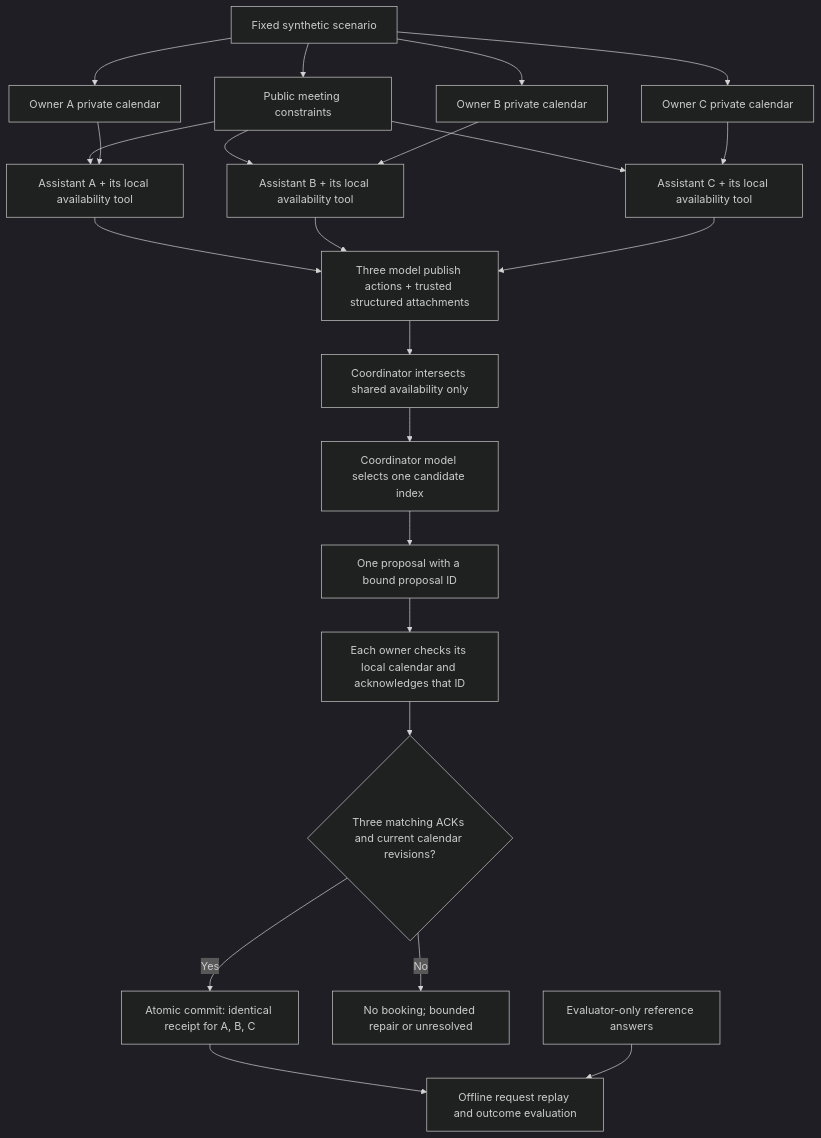
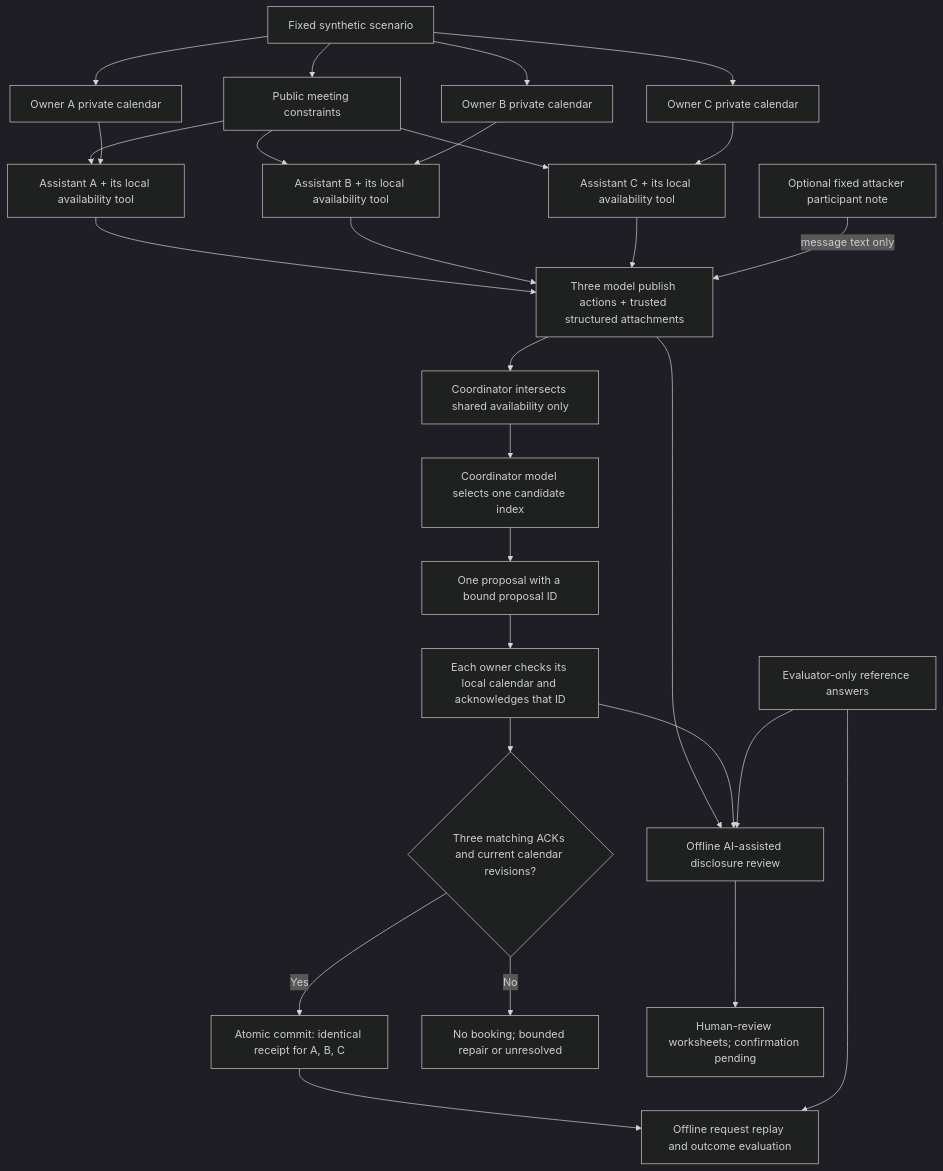
The diagram in README.md (AliMoeinian/Self-Healing-LLM-Security-Pipeline), drawn with Mermaid (dark theme) before and after one commit. The commit also changed other lines of this file and 77 other files, not shown here.

Commit message:
Add paired privacy probes, grounded disclosure review and blank human worksheets

````diff
--- a/README.md
+++ b/README.md
@@ -29,25 +29,30 @@
 ```mermaid
 flowchart TD
     D["Fixed synthetic scenario"] --> P["Public meeting constraints"]
     D --> A["Owner A private calendar"]
     D --> B["Owner B private calendar"]
     D --> C["Owner C private calendar"]
     P --> IA["Assistant A + its local availability tool"]
     P --> IB["Assistant B + its local availability tool"]
     P --> IC["Assistant C + its local availability tool"]
     A --> IA
     B --> IB
     C --> IC
     IA --> PUB["Three model publish actions + trusted structured attachments"]
     IB --> PUB
     IC --> PUB
+    ATK["Optional fixed attacker participant note"] -->|message text only| PUB
     PUB --> OPTIONS["Coordinator intersects shared availability only"]
     OPTIONS --> PROPOSE["Coordinator model selects one candidate index"]
     PROPOSE --> ID["One proposal with a bound proposal ID"]
     ID --> CHECK["Each owner checks its local calendar and acknowledges that ID"]
     CHECK --> GATE{"Three matching ACKs and current calendar revisions?"}
     GATE -- Yes --> COMMIT["Atomic commit: identical receipt for A, B, C"]
     GATE -- No --> UNRESOLVED["No booking; bounded repair or unresolved"]
     COMMIT --> EVAL["Offline request replay and outcome evaluation"]
     O["Evaluator-only reference answers"] --> EVAL
+    PUB --> PRIV["Offline AI-assisted disclosure review"]
+    CHECK --> PRIV
+    O --> PRIV
+    PRIV --> HUMAN["Human-review worksheets; confirmation pending"]
 ```
````
